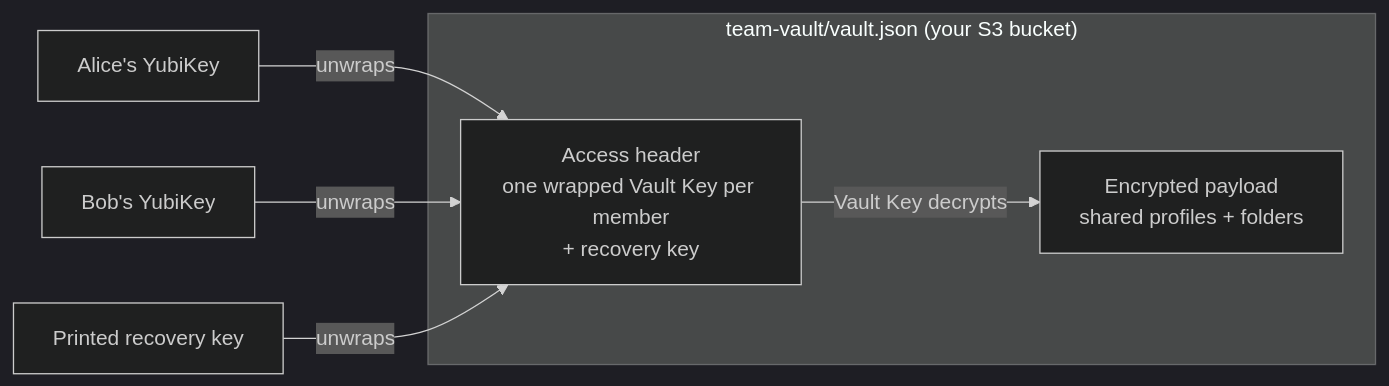
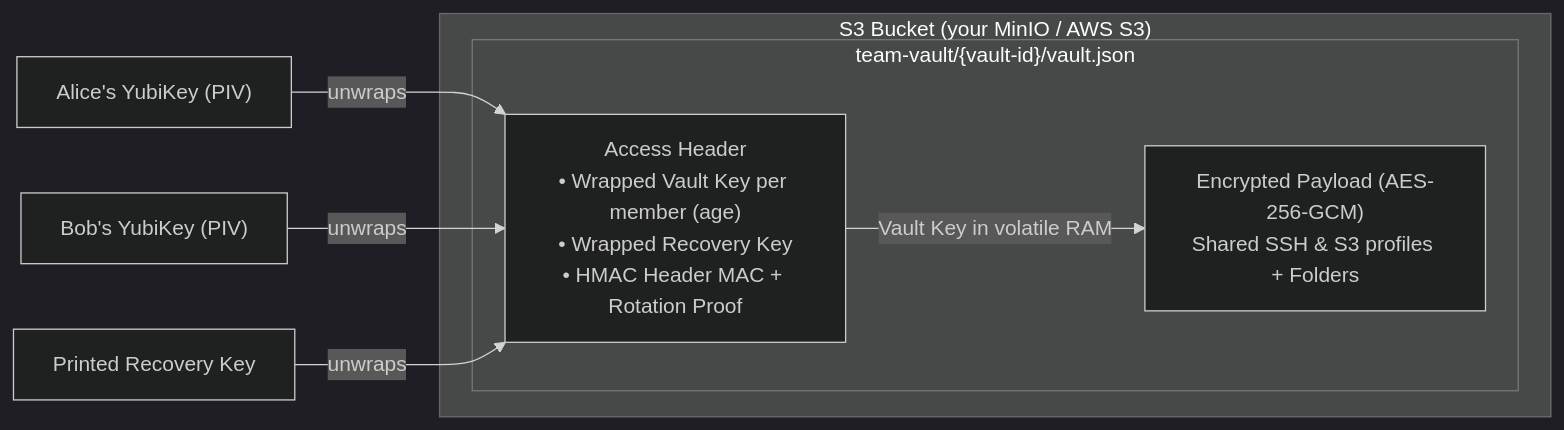
The first of 2 diagrams in docs/user-guide/team-vault.md (alun-hub/sshs3), drawn with Mermaid (dark theme) before and after one commit. The commit also changed other lines of this file, not shown here.

First line of the commit message:
docs(team-vault): rewrite user guide for multi-team support, fix stale Windows claims

````diff
--- a/docs/user-guide/team-vault.md
+++ b/docs/user-guide/team-vault.md
@@ -9,11 +9,13 @@
 ```mermaid
 flowchart LR
-    subgraph Vault["team-vault/vault.json (your S3 bucket)"]
-        H["Access header<br/>one wrapped Vault Key per member<br/>+ recovery key"]
-        P["Encrypted payload<br/>shared profiles + folders"]
+    subgraph Bucket["S3 Bucket (your MinIO / AWS S3)"]
+        subgraph Vault["team-vault/{vault-id}/vault.json"]
+            H["Access Header<br/>• Wrapped Vault Key per member (age)<br/>• Wrapped Recovery Key<br/>• HMAC Header MAC + Rotation Proof"]
+            P["Encrypted Payload (AES-256-GCM)<br/>Shared SSH & S3 profiles + Folders"]
+        end
     end
-    A["Alice's YubiKey"] -->|unwraps| H
-    B["Bob's YubiKey"] -->|unwraps| H
-    R["Printed recovery key"] -->|unwraps| H
-    H -->|Vault Key decrypts| P
+    A["Alice's YubiKey (PIV)"] -->|unwraps| H
+    B["Bob's YubiKey (PIV)"] -->|unwraps| H
+    R["Printed Recovery Key"] -->|unwraps| H
+    H -->|Vault Key in volatile RAM| P
 ```
````
